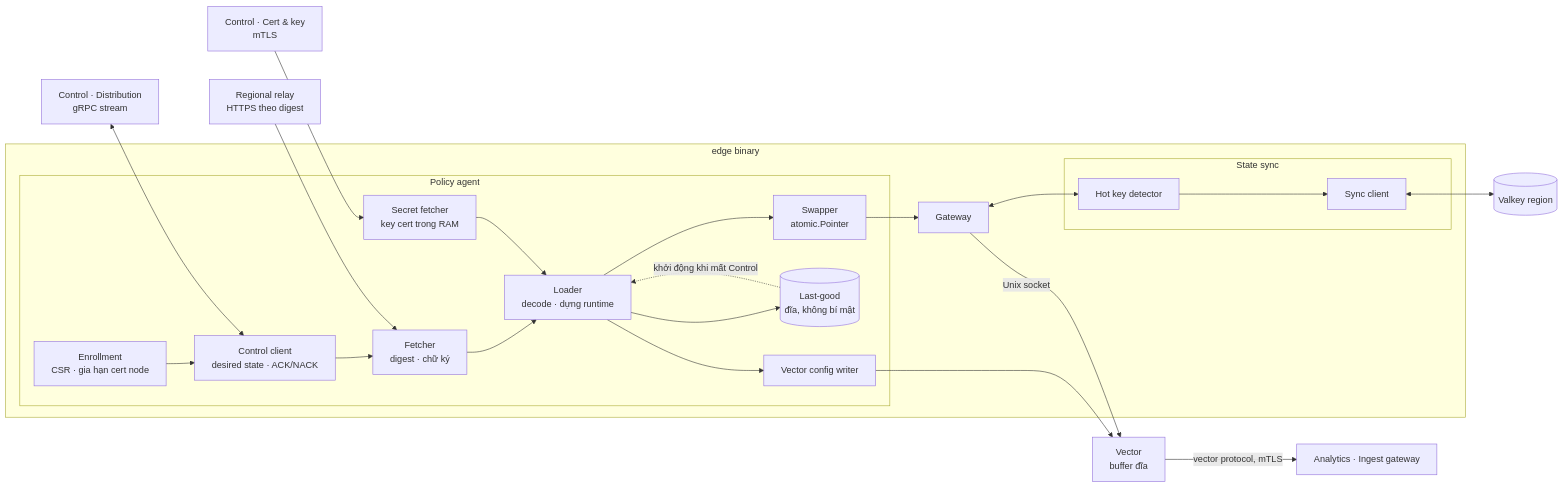
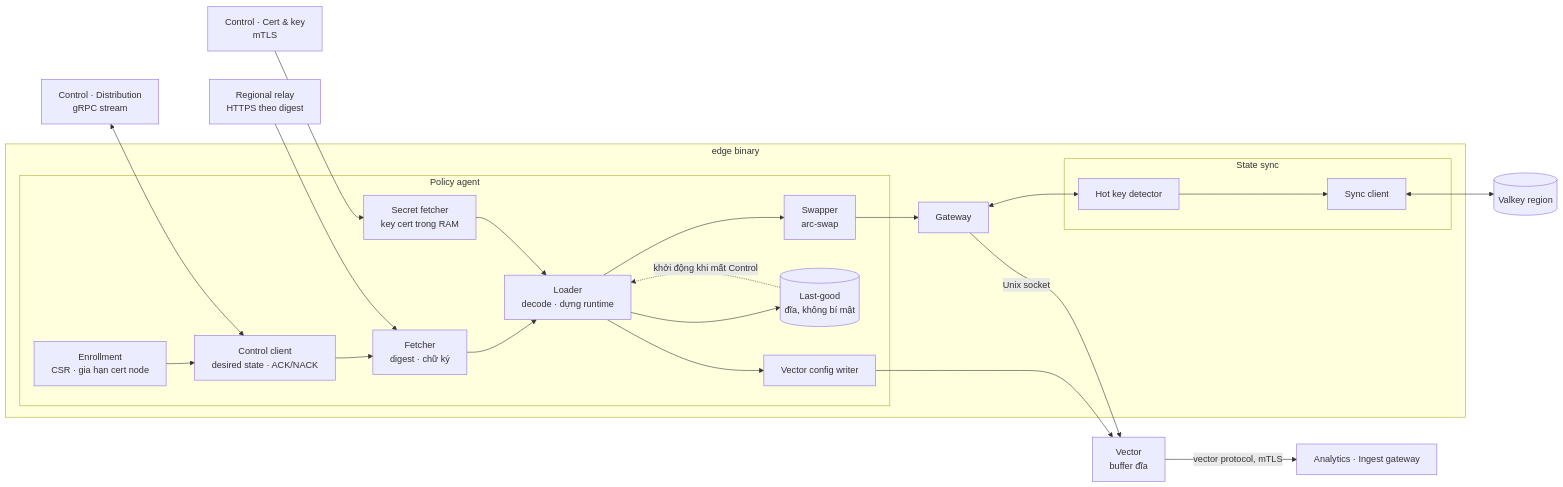
Before and after one commit to metap-org/metap-demo-waf: the first of 2 diagrams in docs/architecture/05-building-blocks/08-components/02-edge-agent-and-state.md, drawn with Mermaid. The commit also changed other lines of this file and 22 other files, not shown here.

````diff
--- a/docs/architecture/05-building-blocks/08-components/02-edge-agent-and-state.md
+++ b/docs/architecture/05-building-blocks/08-components/02-edge-agent-and-state.md
@@ -8,39 +8,39 @@
 ```mermaid
 flowchart LR
     dist["Control · Distribution<br/>gRPC stream"]
     relay["Regional relay<br/>HTTPS theo digest"]
     keys["Control · Cert & key<br/>mTLS"]
     vk[("Valkey region")]
     ig["Analytics · Ingest gateway"]
 
     subgraph BIN["edge binary"]
         subgraph AG["Policy agent"]
             enr["Enrollment<br/>CSR · gia hạn cert node"]
             cc["Control client<br/>desired state · ACK/NACK"]
             fet["Fetcher<br/>digest · chữ ký"]
             ld["Loader<br/>decode · dựng runtime"]
-            sw["Swapper<br/>atomic.Pointer"]
+            sw["Swapper<br/>arc-swap"]
             lg[("Last-good<br/>đĩa, không bí mật")]
             sec["Secret fetcher<br/>key cert trong RAM"]
             vcfg["Vector config writer"]
         end
         subgraph ST["State sync"]
             hk["Hot key detector"]
             sc["Sync client"]
         end
         gw["Gateway"]
     end
     vec["Vector<br/>buffer đĩa"]
 
     enr --> cc
     dist <--> cc
     cc --> fet
     relay --> fet
     fet --> ld --> sw --> gw
     ld --> lg
     lg -.->|khởi động khi mất Control| ld
     keys --> sec --> ld
     ld --> vcfg --> vec
     gw <--> hk --> sc <--> vk
     gw -->|Unix socket| vec -->|vector protocol, mTLS| ig
 ```
````
